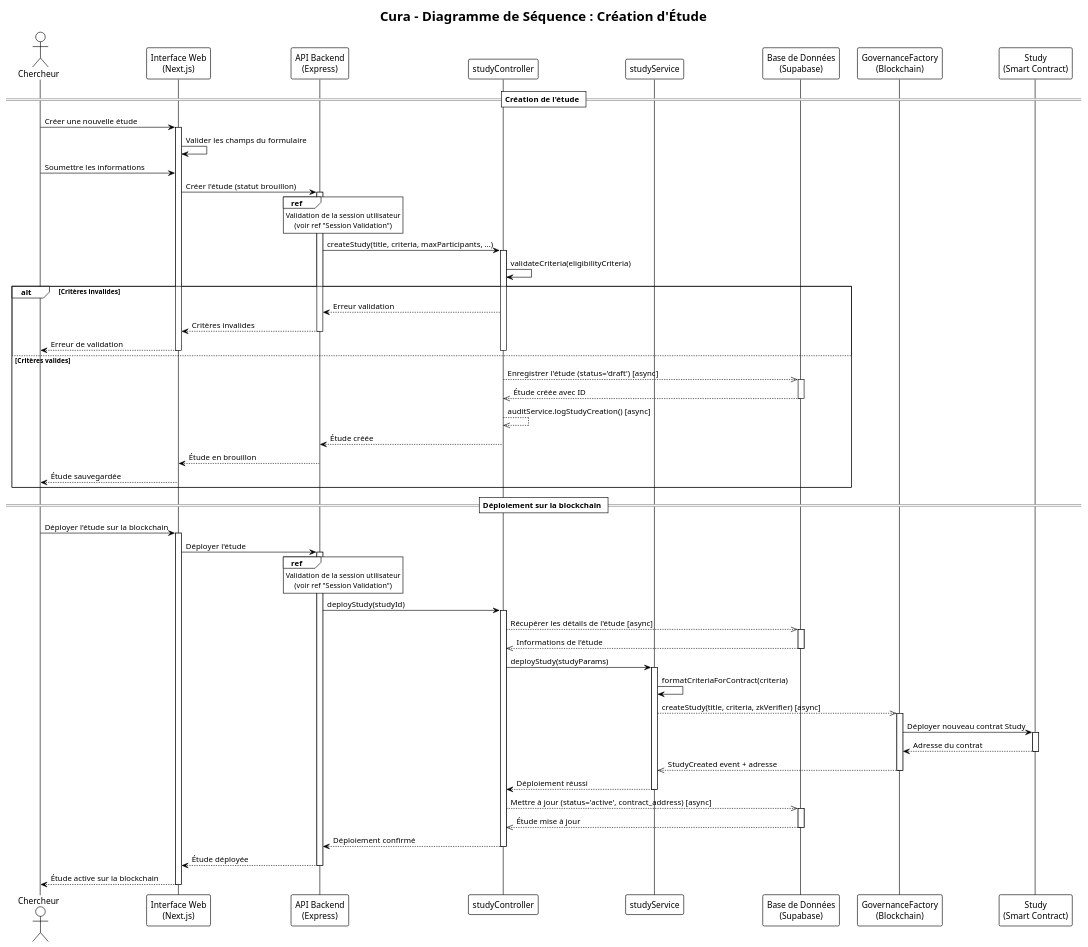
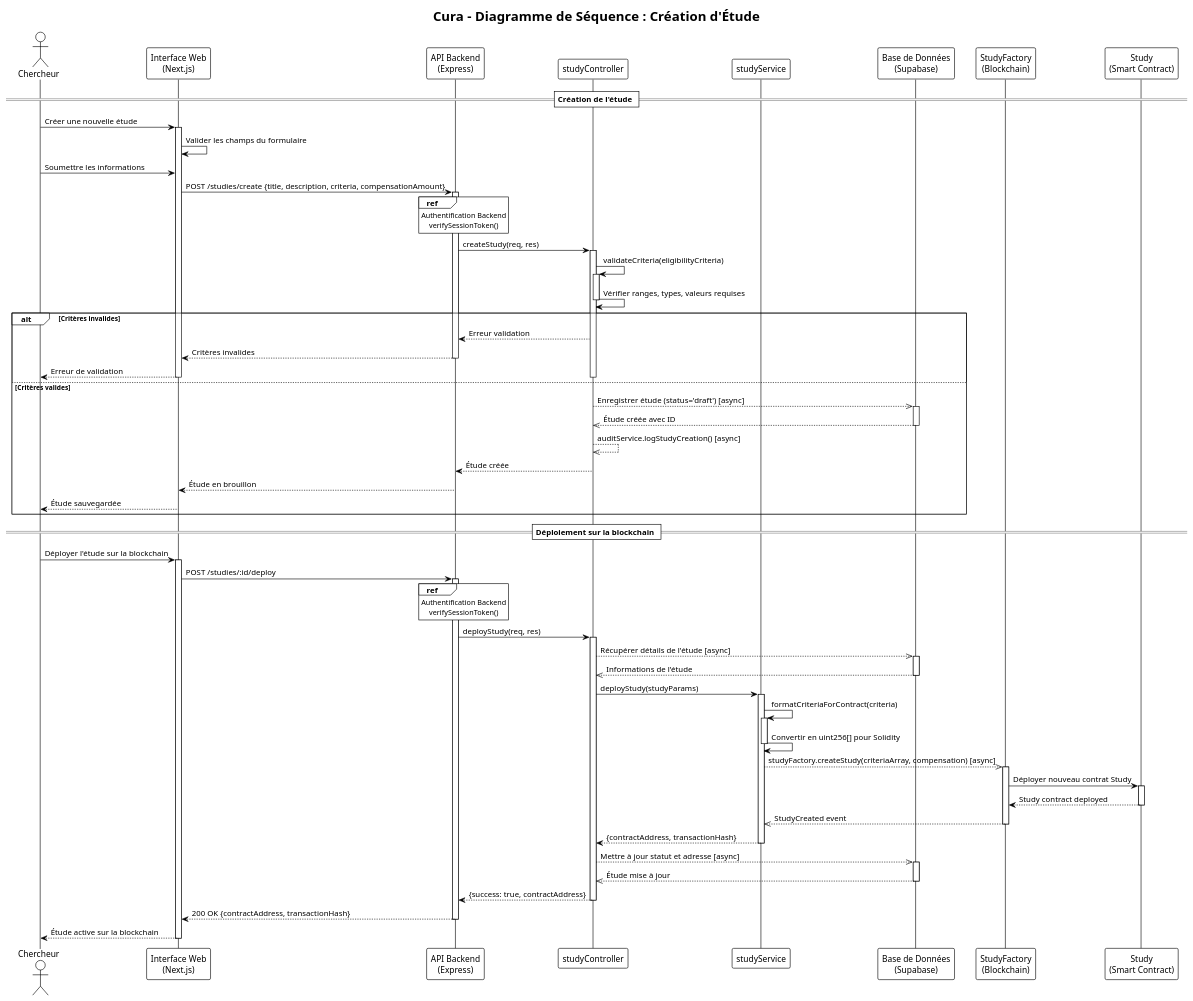
Before and after one commit to monark-community/zk-medical-data-exchange: the diagram in docs/sequence-diagrams/study-creation-sequence.puml, drawn with PlantUML. The commit also changed 17 other files, not shown here.

Commit message:
chore: updated seq diagrams pt 2

```diff
--- a/docs/sequence-diagrams/study-creation-sequence.puml
+++ b/docs/sequence-diagrams/study-creation-sequence.puml
@@ -1,103 +1,109 @@
 @startuml Creation_Etude_Sequence
 !theme plain
 
 title Cura - Diagramme de Séquence : Création d'Étude
 
 actor "Chercheur" as Researcher
 participant "Interface Web\n(Next.js)" as Frontend
 participant "API Backend\n(Express)" as Backend
 participant "studyController" as Controller
 participant "studyService" as Service
 participant "Base de Données\n(Supabase)" as Database
-participant "GovernanceFactory\n(Blockchain)" as Factory
+participant "StudyFactory\n(Blockchain)" as Factory
 participant "Study\n(Smart Contract)" as StudyContract
 
 == Création de l'étude ==
 Researcher -> Frontend : Créer une nouvelle étude
 activate Frontend
 Frontend -> Frontend : Valider les champs du formulaire
 Researcher -> Frontend : Soumettre les informations
 
-Frontend -> Backend : Créer l'étude (statut brouillon)
+Frontend -> Backend : POST /studies/create {title, description, criteria, compensationAmount}
 activate Backend
 
 ref over Backend
-    Validation de la session utilisateur
-    (voir ref "Session Validation")
+    Authentification Backend
+    verifySessionToken()
 end ref
 
-Backend -> Controller : createStudy(title, criteria, maxParticipants, ...)
+Backend -> Controller : createStudy(req, res)
 activate Controller
 
 Controller -> Controller : validateCriteria(eligibilityCriteria)
+activate Controller
+Controller -> Controller : Vérifier ranges, types, valeurs requises
+deactivate Controller
 
 alt Critères invalides
     Controller --> Backend : Erreur validation
     Backend --> Frontend : Critères invalides
     deactivate Backend
     Frontend --> Researcher : Erreur de validation
     deactivate Controller
     deactivate Frontend
 else Critères valides
-    Controller -->> Database : Enregistrer l'étude (status='draft') [async]
+    Controller -->> Database : Enregistrer étude (status='draft') [async]
     activate Database
     Database -->> Controller : Étude créée avec ID
     deactivate Database
     
     Controller -->> Controller : auditService.logStudyCreation() [async]
     
     Controller --> Backend : Étude créée
     deactivate Controller
     Backend --> Frontend : Étude en brouillon
     deactivate Backend
     Frontend --> Researcher : Étude sauvegardée
     deactivate Frontend
 end
 
 == Déploiement sur la blockchain ==
 Researcher -> Frontend : Déployer l'étude sur la blockchain
 activate Frontend
-Frontend -> Backend : Déployer l'étude
+Frontend -> Backend : POST /studies/:id/deploy
 activate Backend
 
 ref over Backend
-    Validation de la session utilisateur
-    (voir ref "Session Validation")
+    Authentification Backend
+    verifySessionToken()
 end ref
 
-Backend -> Controller : deployStudy(studyId)
+Backend -> Controller : deployStudy(req, res)
 activate Controller
 
-Controller -->> Database : Récupérer les détails de l'étude [async]
+Controller -->> Database : Récupérer détails de l'étude [async]
 activate Database
 Database -->> Controller : Informations de l'étude
 deactivate Database
 
 Controller -> Service : deployStudy(studyParams)
 activate Service
 
 Service -> Service : formatCriteriaForContract(criteria)
-Service -->> Factory : createStudy(title, criteria, zkVerifier) [async]
+activate Service
+Service -> Service : Convertir en uint256[] pour Solidity
+deactivate Service
+Service -->> Factory : studyFactory.createStudy(criteriaArray, compensation) [async]
 activate Factory
 Factory -> StudyContract : Déployer nouveau contrat Study
 activate StudyContract
-StudyContract --> Factory : Adresse du contrat
+StudyContract --> Factory : Study contract deployed
 deactivate StudyContract
-Factory -->> Service : StudyCreated event + adresse
+Factory -->> Service : StudyCreated event
 deactivate Factory
-Service --> Controller : Déploiement réussi
+Service --> Controller : {contractAddress, transactionHash}
 deactivate Service
 
-Controller -->> Database : Mettre à jour (status='active', contract_address) [async]
+Controller -->> Database : Mettre à jour statut et adresse [async]
 activate Database
 Database -->> Controller : Étude mise à jour
 deactivate Database
 
-Controller --> Backend : Déploiement confirmé
+Controller --> Backend : {success: true, contractAddress}
 deactivate Controller
-Backend --> Frontend : Étude déployée
+Backend --> Frontend : 200 OK {contractAddress, transactionHash}
 deactivate Backend
 Frontend --> Researcher : Étude active sur la blockchain
 deactivate Frontend
 
 @enduml
```
